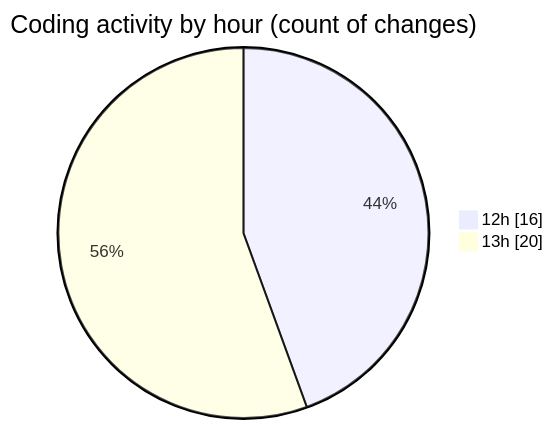
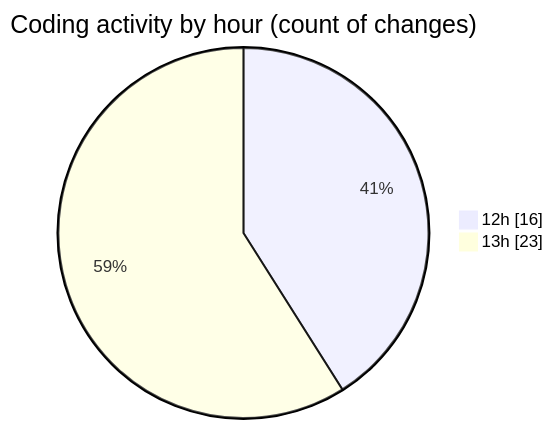
One commit to nxtqubesakshisongat/code-tracking changed the second of 2 diagrams in 2025-06-27/nxtqube_webapp/README.md. Above: the diagram before and after it, drawn with Mermaid. The commit also changed other lines of this file and 1 other file, not shown here.

````diff
--- a/2025-06-27/nxtqube_webapp/README.md
+++ b/2025-06-27/nxtqube_webapp/README.md
@@ -30,6 +32,6 @@
 ```mermaid
 pie showData
 title Coding activity by hour (count of changes)
 "12h" : 16
-"13h" : 20
+"13h" : 23
 ```
````
